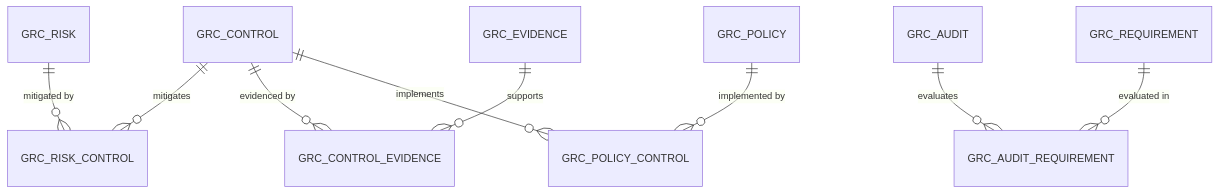
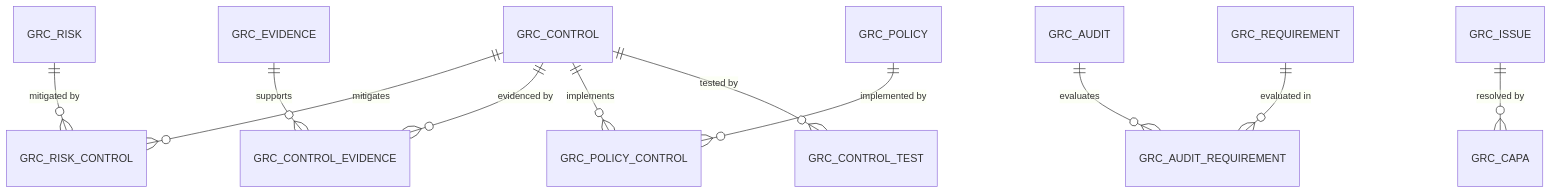
One commit to Gokhanagingil/grc changed the first of 2 diagrams in docs/suite/02_TECHNICAL.md. Above: the diagram before and after it, drawn with Mermaid. The commit also changed other lines of this file, not shown here.

First line of the commit message:
docs: write full 02_TECHNICAL.md — complete technical architecture guide

````diff
--- a/docs/suite/02_TECHNICAL.md
+++ b/docs/suite/02_TECHNICAL.md
@@ -163,11 +535,13 @@
 ```mermaid
 erDiagram
     GRC_RISK ||--o{ GRC_RISK_CONTROL : "mitigated by"
     GRC_CONTROL ||--o{ GRC_RISK_CONTROL : "mitigates"
     GRC_CONTROL ||--o{ GRC_CONTROL_EVIDENCE : "evidenced by"
     GRC_EVIDENCE ||--o{ GRC_CONTROL_EVIDENCE : "supports"
     GRC_POLICY ||--o{ GRC_POLICY_CONTROL : "implemented by"
     GRC_CONTROL ||--o{ GRC_POLICY_CONTROL : "implements"
     GRC_AUDIT ||--o{ GRC_AUDIT_REQUIREMENT : "evaluates"
     GRC_REQUIREMENT ||--o{ GRC_AUDIT_REQUIREMENT : "evaluated in"
+    GRC_CONTROL ||--o{ GRC_CONTROL_TEST : "tested by"
+    GRC_ISSUE ||--o{ GRC_CAPA : "resolved by"
 ```
````
